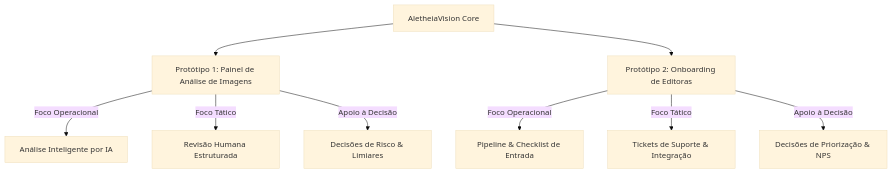
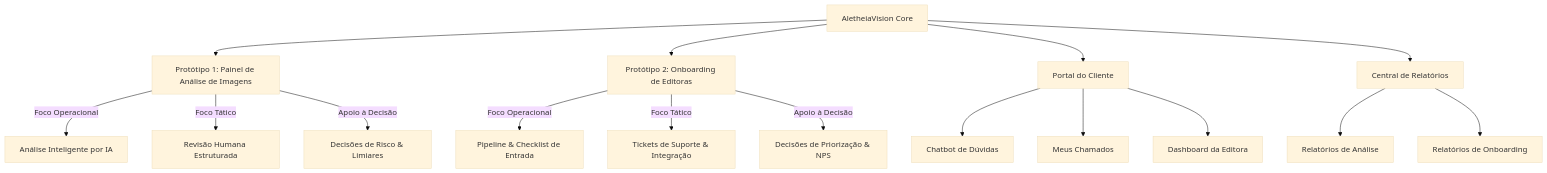
The diagram in README.md (Isaqye/AletheiaVision), drawn with Mermaid (base theme) before and after one commit. The commit also changed other lines of this file and 6 other files, not shown here.

````diff
--- a/README.md
+++ b/README.md
@@ -11,13 +11,22 @@
 ```mermaid
 graph TD
     AV[AletheiaVision Core] --> P1[Protótipo 1: Painel de Análise de Imagens]
     AV --> P2[Protótipo 2: Onboarding de Editoras]
+    AV --> PC[Portal do Cliente]
+    AV --> RL[Central de Relatórios]
     
     P1 --> |Foco Operacional| IA[Análise Inteligente por IA]
     P1 --> |Foco Tático| RH[Revisão Humana Estruturada]
     P1 --> |Apoio à Decisão| D1[Decisões de Risco & Limiares]
     
     P2 --> |Foco Operacional| PL[Pipeline & Checklist de Entrada]
     P2 --> |Foco Tático| TK[Tickets de Suporte & Integração]
     P2 --> |Apoio à Decisão| D2[Decisões de Priorização & NPS]
+
+    PC --> CB[Chatbot de Dúvidas]
+    PC --> MT[Meus Chamados]
+    PC --> CD[Dashboard da Editora]
+
+    RL --> RA[Relatórios de Análise]
+    RL --> RO[Relatórios de Onboarding]
 ```
````
